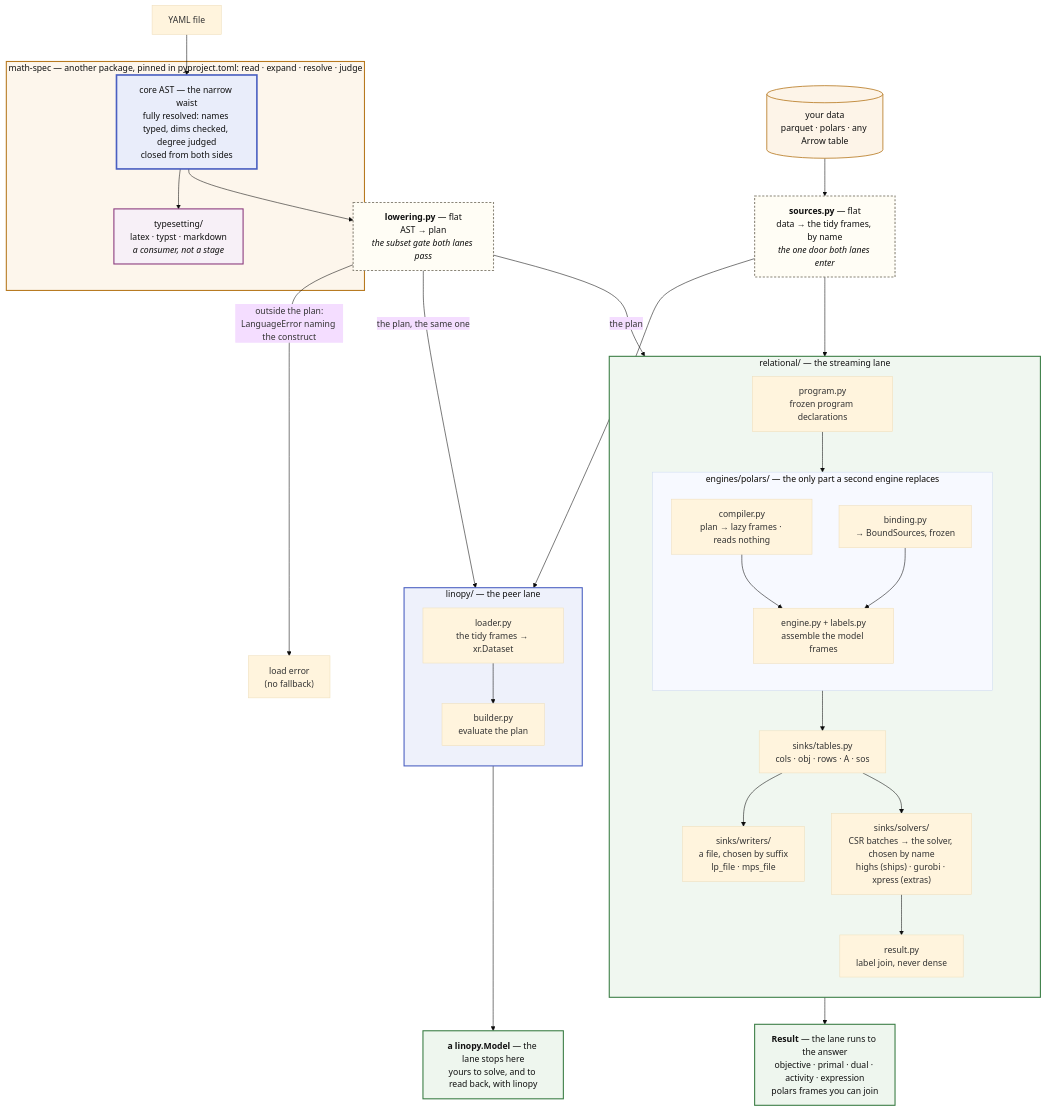
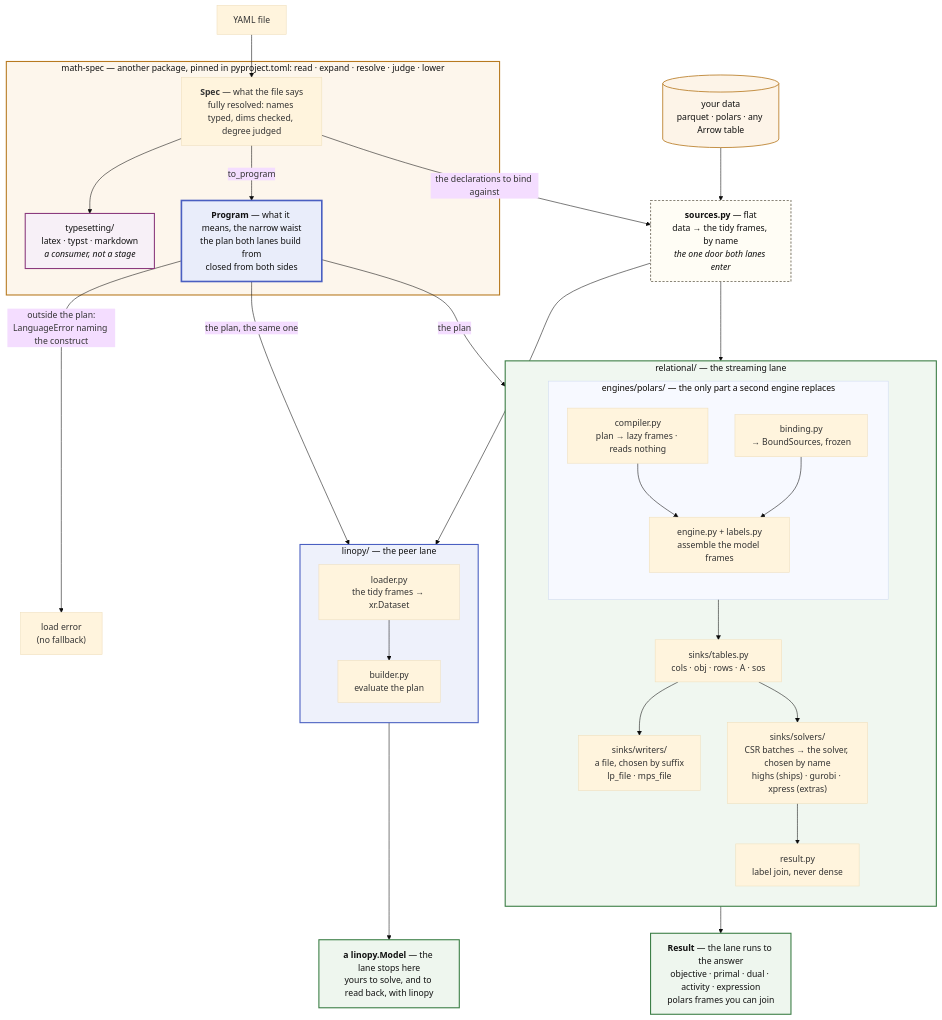
One commit to FBumann/linopy-yaml changed the first of 2 diagrams in docs/about/architecture.md. Above: the diagram before and after it, drawn with Mermaid (base theme). The commit also changed other lines of this file and 20 other files, not shown here.

First line of the commit message:
docs: every type and module the documentation names is one that exists

````diff
--- a/docs/about/architecture.md
+++ b/docs/about/architecture.md
@@ -73,63 +73,59 @@
 ```mermaid
 flowchart TB
-    Y[YAML file] --> AST
+    Y[YAML file] --> SPEC
     DATA[("your data<br/>parquet · polars · any Arrow table")] --> SRC
 
-    subgraph MS["math-spec — another package, pinned in pyproject.toml: read · expand · resolve · judge"]
-        AST["core AST — the narrow waist<br/>fully resolved: names typed, dims checked, degree judged<br/>closed from both sides"]
-        AST --> TS["typesetting/<br/>latex · typst · markdown<br/><i>a consumer, not a stage</i>"]
+    subgraph MS["math-spec — another package, pinned in pyproject.toml: read · expand · resolve · judge · lower"]
+        SPEC["<b>Spec</b> — what the file says<br/>fully resolved: names typed, dims checked, degree judged"]
+        SPEC --> TS["typesetting/<br/>latex · typst · markdown<br/><i>a consumer, not a stage</i>"]
+        SPEC -->|"to_program"| PLAN["<b>Program</b> — what it means, the narrow waist<br/>the plan both lanes build from<br/>closed from both sides"]
     end
 
-    AST --> LOWER
-    %% layout only: puts the two seams on one rank
-    AST ~~~ SRC
-
-    LOWER["<b>lowering.py</b> — flat<br/>AST → plan<br/><i>the subset gate both lanes pass</i>"]
+    SPEC -->|"the declarations to bind against"| SRC
     SRC["<b>sources.py</b> — flat<br/>data → the tidy frames, by name<br/><i>the one door both lanes enter</i>"]
 
-    LOWER -->|"outside the plan:<br/>LanguageError naming the construct"| ERR["load error<br/>(no fallback)"]
-    LOWER -->|"the plan"| PLAN
+    PLAN -->|"outside the plan:<br/>LanguageError naming the construct"| ERR["load error<br/>(no fallback)"]
+    PLAN -->|"the plan"| COMP
     SRC --> BIND
-    LOWER -->|"the plan, the same one"| BUILD
+    PLAN -->|"the plan, the same one"| BUILD
     SRC --> LOAD
 
     subgraph REL["relational/ — the streaming lane"]
         direction TB
-        PLAN["program.py<br/>frozen program declarations"] --> ENG
         subgraph ENG["engines/polars/ — the only part a second engine replaces"]
             direction TB
             COMP["compiler.py<br/>plan → lazy frames · reads nothing"] --> ENGINE
             BIND["binding.py<br/>→ BoundSources, frozen"] --> ENGINE["engine.py + labels.py<br/>assemble the model frames"]
         end
         ENG --> TABLES["sinks/tables.py<br/>cols · obj · rows · A · sos"]
         TABLES --> LPS["sinks/writers/<br/>a file, chosen by suffix<br/>lp_file · mps_file"]
         TABLES --> DIRECT["sinks/solvers/<br/>CSR batches → the solver, chosen by name<br/>highs (ships) · gurobi · xpress (extras)"]
         DIRECT --> SOL["result.py<br/>label join, never dense"]
     end
 
     SOL --> ANS["<b>Result</b> — the lane runs to the answer<br/>objective · primal · dual · activity · expression<br/>polars frames you can join"]
 
     subgraph LIN["linopy/ — the peer lane"]
         direction TB
         LOAD["loader.py<br/>the tidy frames → xr.Dataset"] --> BUILD["builder.py<br/>evaluate the plan"]
     end
 
     BUILD --> MODEL["<b>a linopy.Model</b> — the lane stops here<br/>yours to solve, and to read back, with linopy"]
 
     classDef laneL fill:#fdf6ec,stroke:#b7791f,stroke-width:2px,color:#111
     classDef laneR fill:#f0f7f0,stroke:#3a7d44,stroke-width:2px,color:#111
     classDef laneE fill:#eef1fb,stroke:#4a5fc1,stroke-width:2px,color:#111
     classDef laneT fill:#f7f0f7,stroke:#8b3a7d,stroke-width:2px,color:#111
     classDef waist fill:#e9edfa,stroke:#4a5fc1,stroke-width:3px,color:#111
     classDef flat fill:#fffdf5,stroke:#8a8578,stroke-width:2px,stroke-dasharray:4 3,color:#111
     classDef data fill:#fdf4e8,stroke:#b7791f,stroke-width:1.5px,color:#111
     classDef out fill:#eef6ee,stroke:#3a7d44,stroke-width:2px,color:#111
     class MS laneL
     class REL laneR
     class LIN laneE
     class TS laneT
-    class AST waist
-    class LOWER,SRC flat
+    class PLAN waist
+    class SRC flat
     class DATA data
     class ANS,MODEL out
 ```
````
